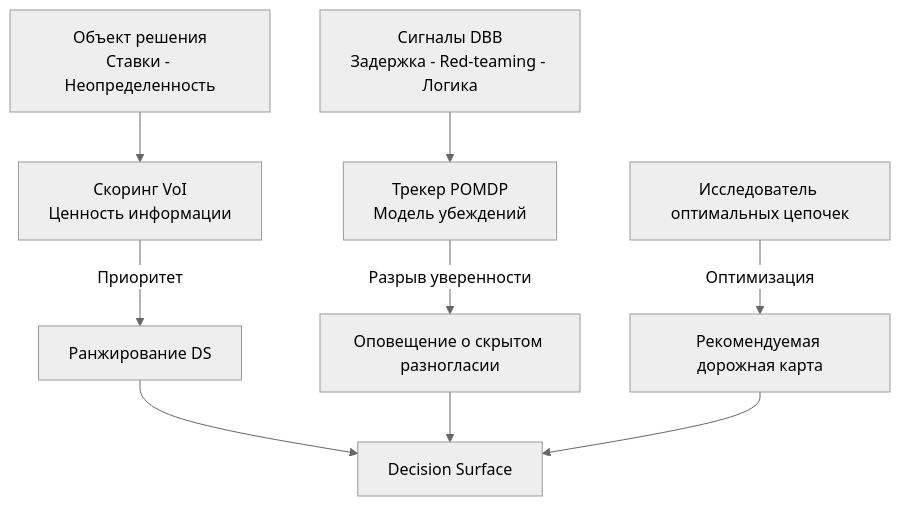
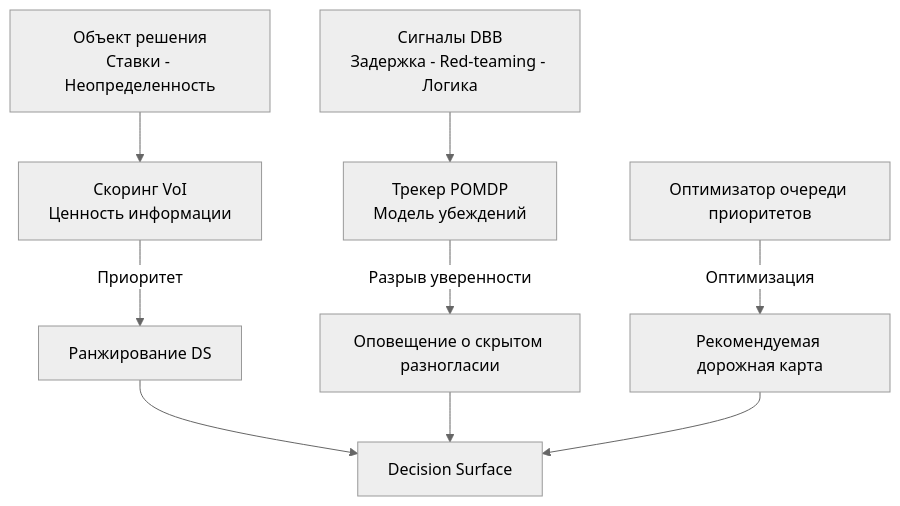
Before and after one commit to membria/docs-ru: the sixth of 6 diagrams in membria-ce/diagrams.mdx, drawn with Mermaid (neutral theme). The commit also changed 15 other files, not shown here.

````diff
--- a/membria-ce/diagrams.mdx
+++ b/membria-ce/diagrams.mdx
@@ -140,14 +140,14 @@
 ```mermaid
 flowchart TD
   SIG["Сигналы DBB\nЗадержка - Red-teaming - Логика"] --> POMDP["Трекер POMDP\nМодель убеждений"]
   POMDP -->|Разрыв уверенности| ALERT[Оповещение о скрытом разногласии]
   
   DEC["Объект решения\nСтавки - Неопределенность"] --> VOI["Скоринг VoI\nЦенность информации"]
   VOI -->|Приоритет| RANK[Ранжирование DS]
   
   RANK --> UI[Decision Surface]
   ALERT --> UI
   
-  MCTS[Исследователь оптимальных цепочек] -->|Оптимизация| PLAN[Рекомендуемая дорожная карта]
+  PQ[Оптимизатор очереди приоритетов] -->|Оптимизация| PLAN[Рекомендуемая дорожная карта]
   PLAN --> UI
 ```
````
